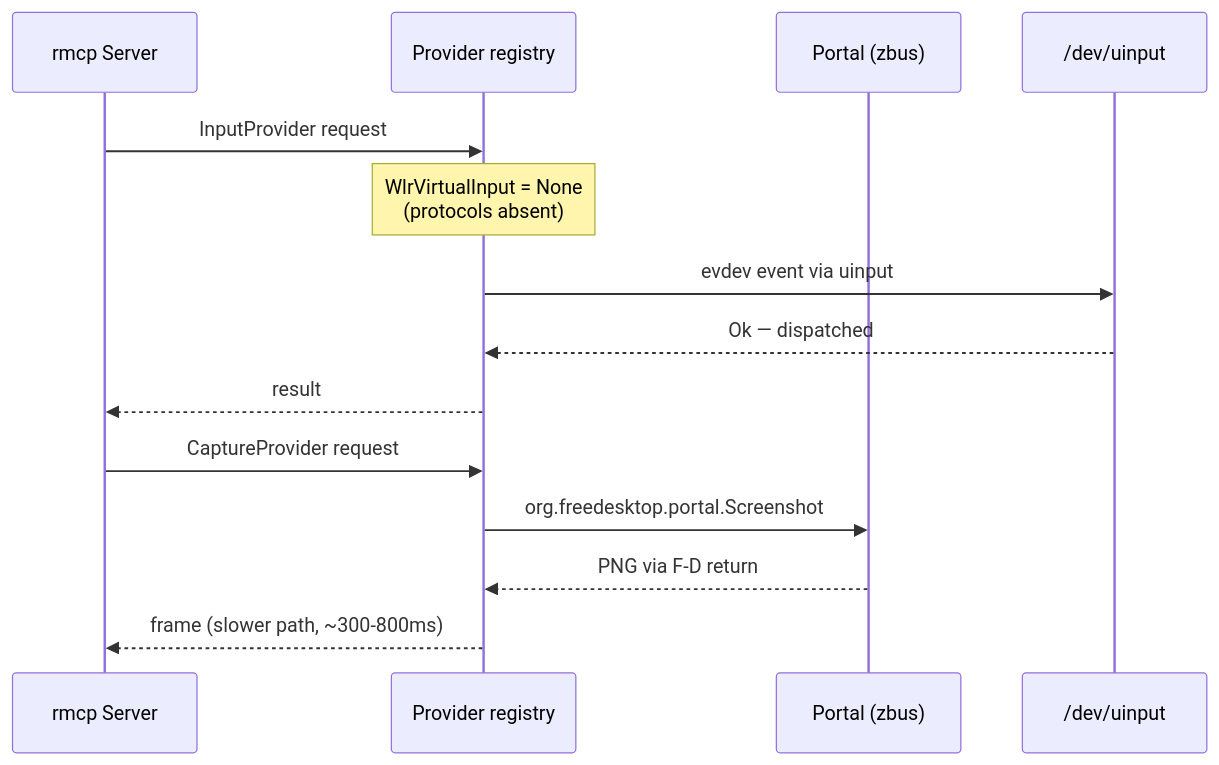
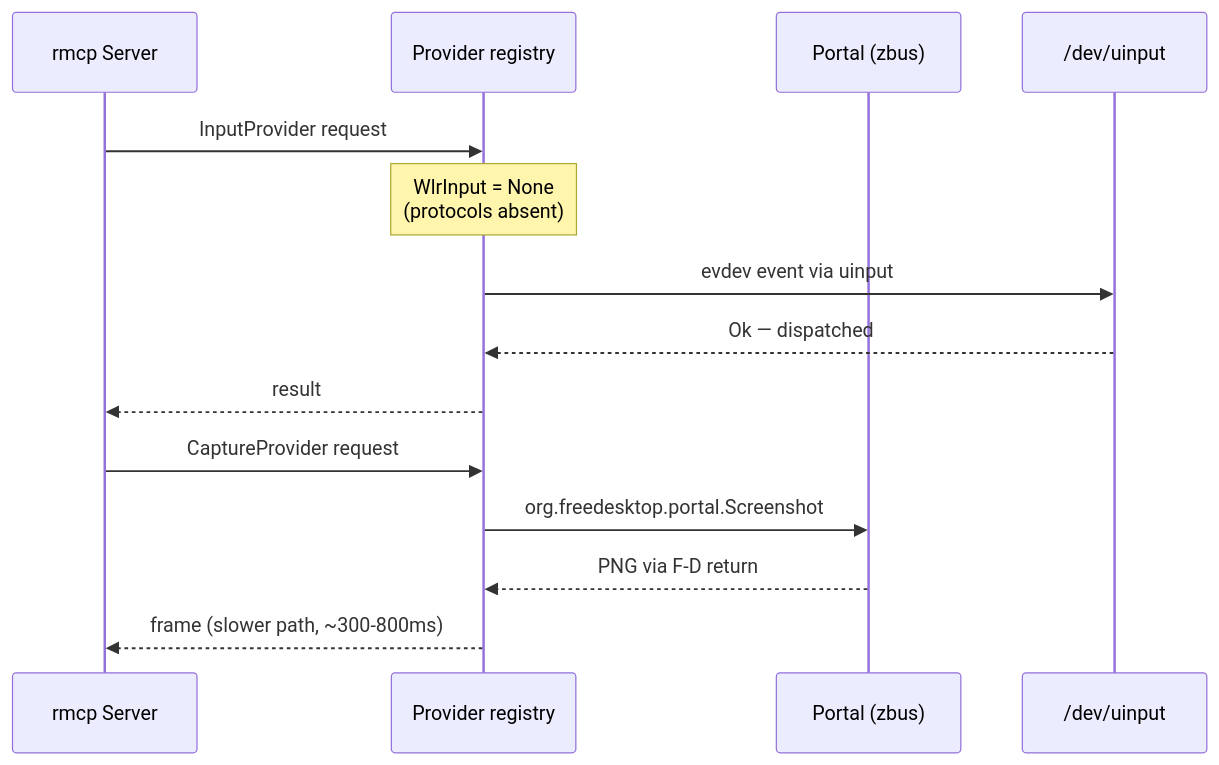
One commit to jxoesneon/ultranix-mcp changed the seventh of 9 diagrams in docs/ARCHITECTURE.md. Above: the diagram before and after it, drawn with Mermaid. The commit also changed other lines of this file and 51 other files, not shown here.

````diff
--- a/docs/ARCHITECTURE.md
+++ b/docs/ARCHITECTURE.md
@@ -434,17 +454,17 @@
 ```mermaid
 sequenceDiagram
     participant RM as rmcp Server
     participant P as Provider registry
     participant PO as Portal (zbus)
     participant UI as /dev/uinput
 
     RM->>P: InputProvider request
-    Note over P: WlrVirtualInput = None<br/>(protocols absent)
+    Note over P: WlrInput = None<br/>(protocols absent)
     P->>UI: evdev event via uinput
     UI-->>P: Ok — dispatched
     P-->>RM: result
     RM->>P: CaptureProvider request
     P->>PO: org.freedesktop.portal.Screenshot
     PO-->>P: PNG via F-D return
     P-->>RM: frame (slower path, ~300-800ms)
 ```
````
